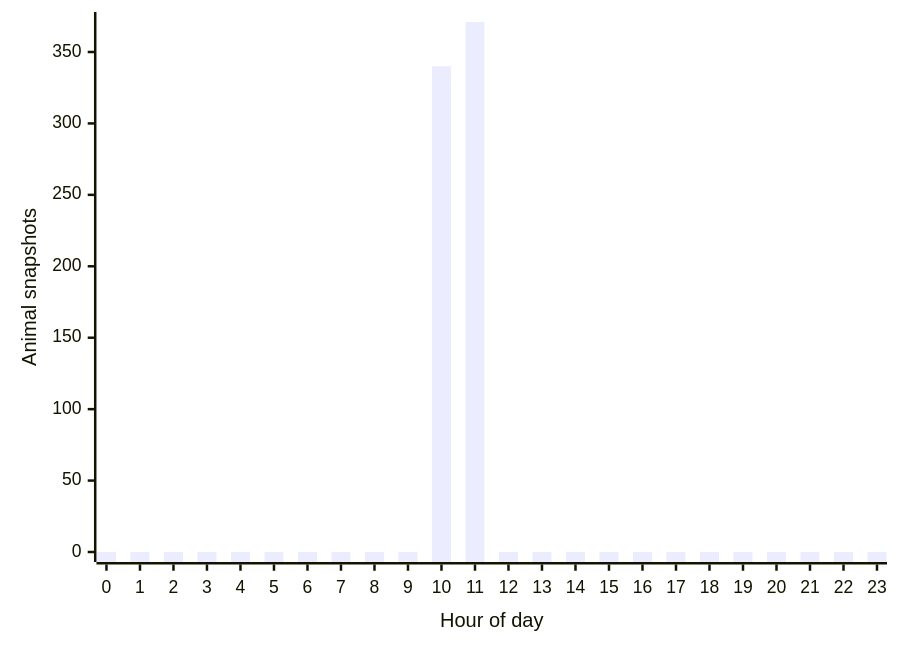
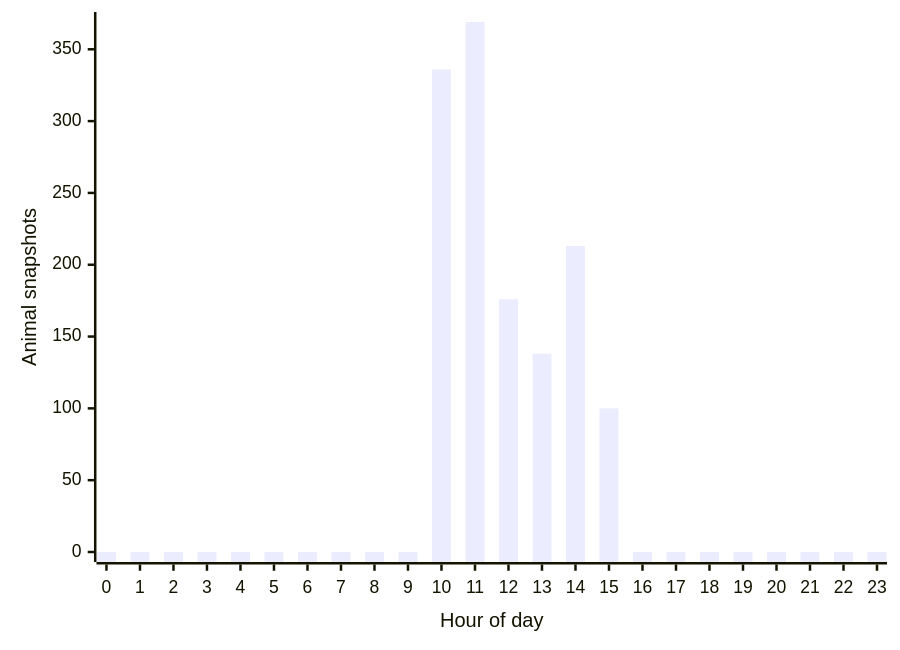
The second of 3 diagrams in README.md (joshuafrommeyer-35/PierTracker), drawn with Mermaid before and after one commit. The commit also changed other lines of this file and 8 other files, not shown here.

````diff
--- a/README.md
+++ b/README.md
@@ -83,6 +106,6 @@
 ```mermaid
 xychart-beta
     x-axis "Hour of day" [0, 1, 2, 3, 4, 5, 6, 7, 8, 9, 10, 11, 12, 13, 14, 15, 16, 17, 18, 19, 20, 21, 22, 23]
     y-axis "Animal snapshots"
-    bar [0, 0, 0, 0, 0, 0, 0, 0, 0, 0, 340, 371, 0, 0, 0, 0, 0, 0, 0, 0, 0, 0, 0, 0]
+    bar [0, 0, 0, 0, 0, 0, 0, 0, 0, 0, 336, 369, 176, 138, 213, 100, 0, 0, 0, 0, 0, 0, 0, 0]
 ```
````
